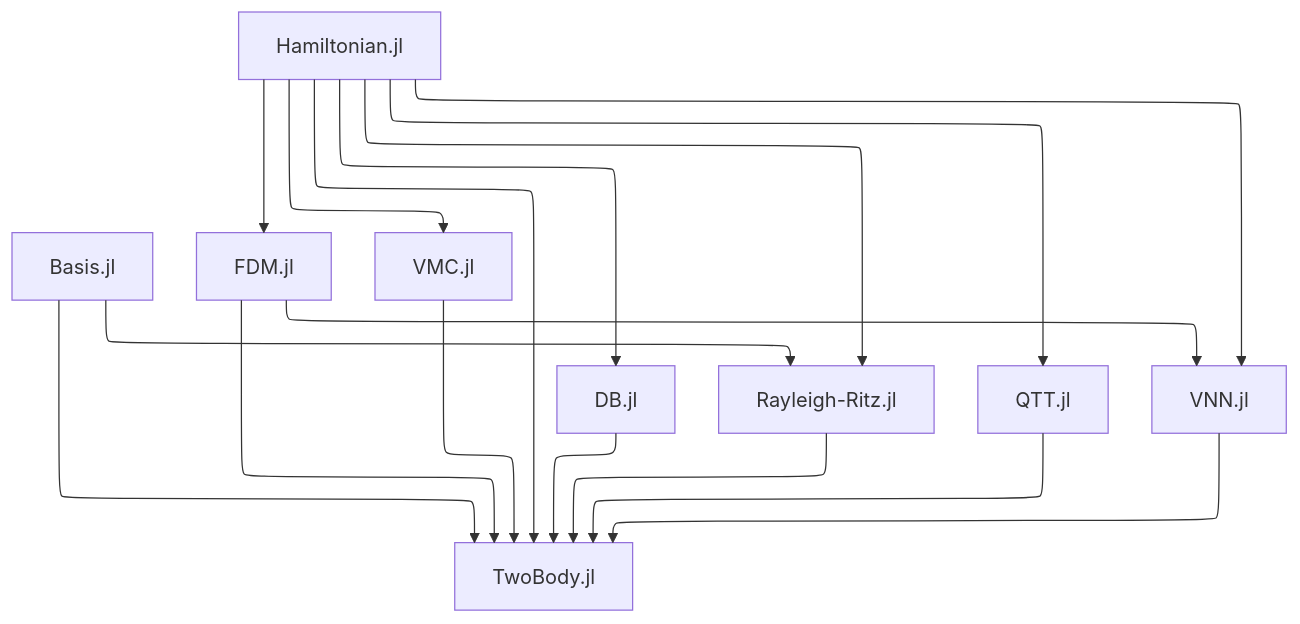
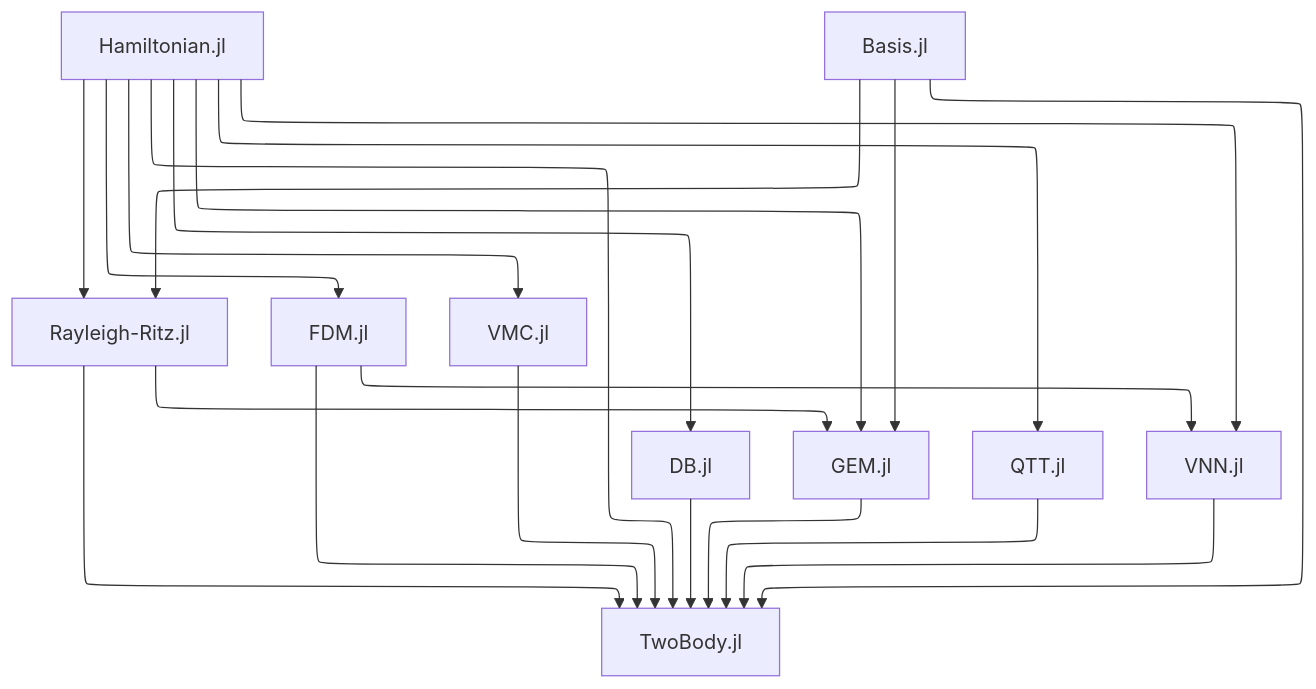
The diagram in docs/src/developer.md (JuliaFewBody/TwoBody.jl), drawn with Mermaid before and after one commit. The commit also changed other lines of this file and 7 other files, not shown here.

````diff
--- a/docs/src/developer.md
+++ b/docs/src/developer.md
@@ -103,23 +103,25 @@
 ```mermaid
 ---
 config:
   layout: elk
   theme: mc
 ---
 flowchart TD
   H["Hamiltonian.jl"]
   D["DB.jl"]
   B["Basis.jl"]
   R["Rayleigh-Ritz.jl"]
+  G["GEM.jl"]
   F["FDM.jl"]
   Q["QTT.jl"]
   N["VNN.jl"]
   V["VMC.jl"]
   T["TwoBody.jl"]
 
   H --> D
-  H --> R & F & Q & N & V
-  B --> R
+  H --> R & G & F & Q & N & V
+  B --> R & G
+  R --> G
   F --> N
-  H & D & B & R & F & Q & N & V --> T
+  H & D & B & R & G & F & Q & N & V --> T
 ```
````
